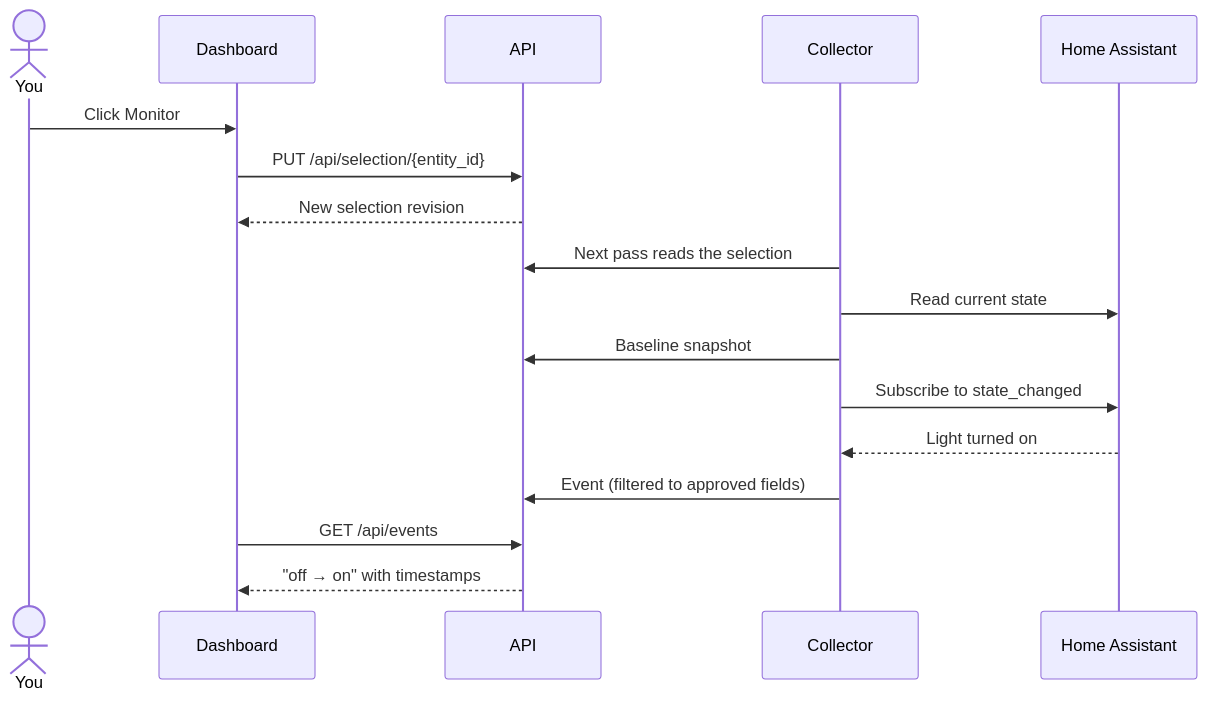
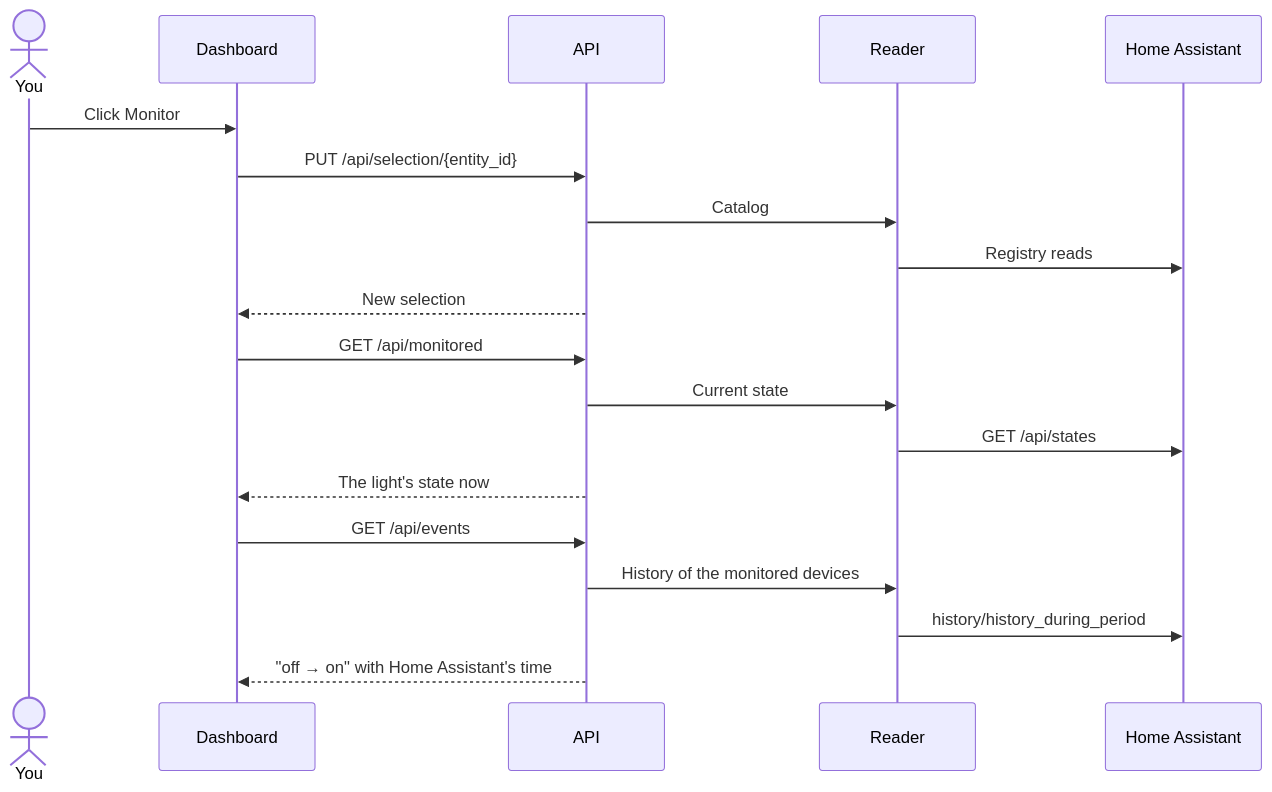
One commit to alitaghub/home-keeper changed the second of 2 diagrams in docs/architecture.md. Above: the diagram before and after it, drawn with Mermaid. The commit also changed other lines of this file and 147 other files, not shown here.

First line of the commit message:
feat!: read device history from Home Assistant instead of copying it (#36)

````diff
--- a/docs/architecture.md
+++ b/docs/architecture.md
@@ -106,20 +113,22 @@
 ```mermaid
 sequenceDiagram
     actor You
     participant D as Dashboard
     participant A as API
-    participant C as Collector
+    participant R as Reader
     participant H as Home Assistant
 
     You->>D: Click Monitor
     D->>A: PUT /api/selection/{entity_id}
-    A-->>D: New selection revision
-    C->>A: Next pass reads the selection
-    C->>H: Read current state
-    C->>A: Baseline snapshot
-    C->>H: Subscribe to state_changed
-    H-->>C: Light turned on
-    C->>A: Event (filtered to approved fields)
+    A->>R: Catalog
+    R->>H: Registry reads
+    A-->>D: New selection
+    D->>A: GET /api/monitored
+    A->>R: Current state
+    R->>H: GET /api/states
+    A-->>D: The light's state now
     D->>A: GET /api/events
-    A-->>D: "off → on" with timestamps
+    A->>R: History of the monitored devices
+    R->>H: history/history_during_period
+    A-->>D: "off → on" with Home Assistant's time
 ```
````
